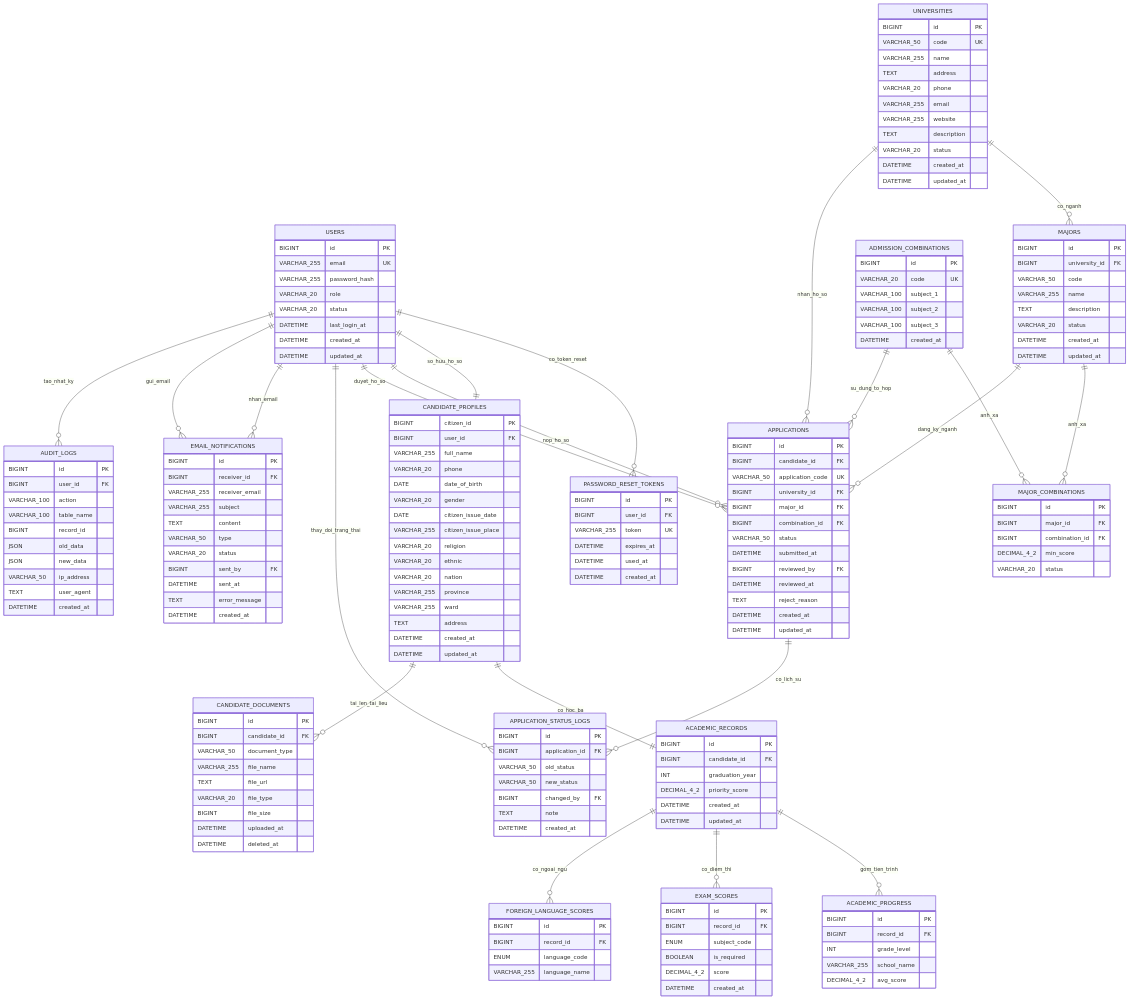
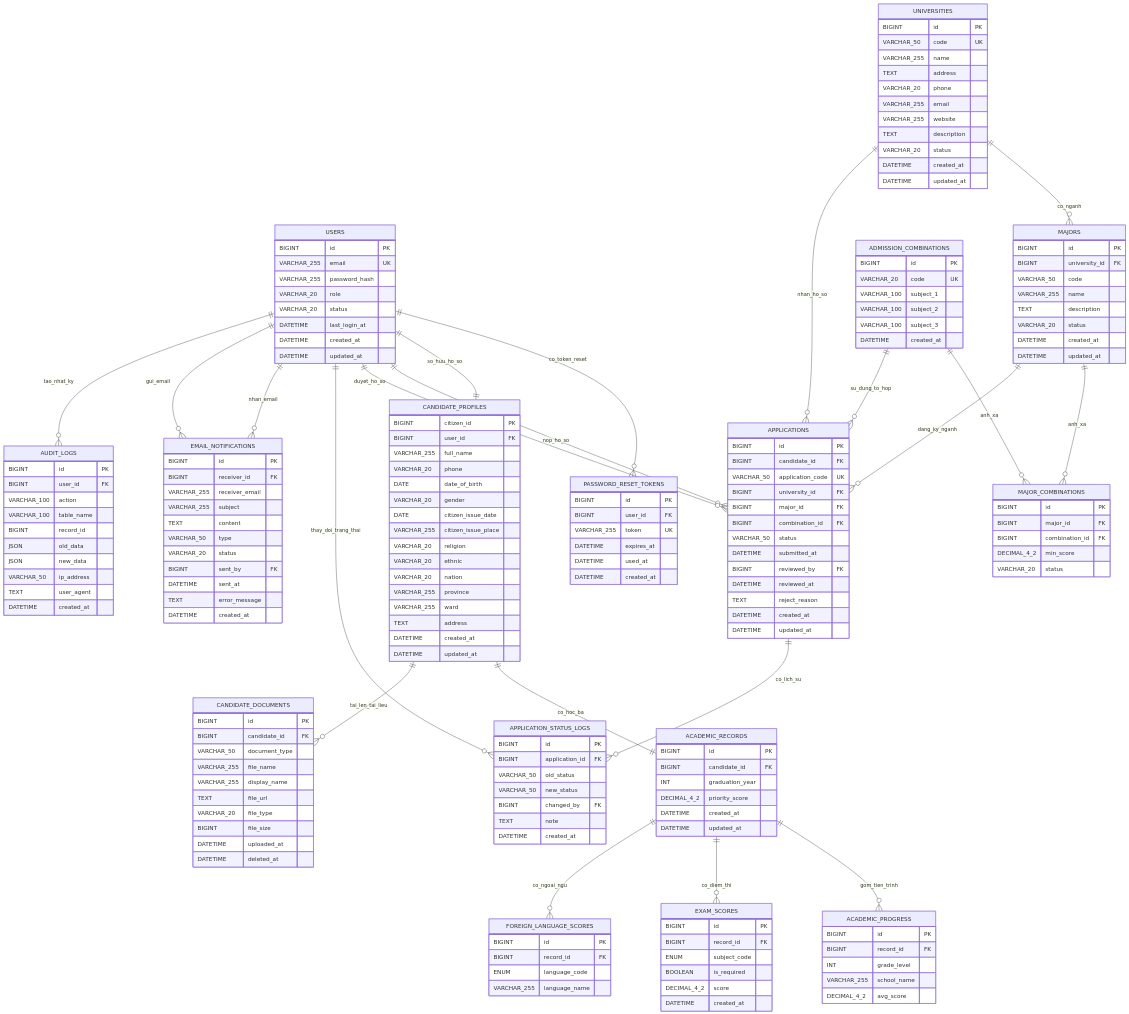
One commit to TuanLe06/RIPT1307-02-2026-Group10-KTHP changed the diagram in backend/docs/database-schema.md. Above: the diagram before and after it, drawn with Mermaid. The commit also changed 23 other files, not shown here.

Commit message:
feat: optional exam_certificate, display_name for certificates, EXAM_CERTIFICATE type

```diff
--- a/backend/docs/database-schema.md
+++ b/backend/docs/database-schema.md
@@ -137,6 +137,7 @@
         BIGINT candidate_id FK
         VARCHAR_50 document_type
         VARCHAR_255 file_name
+        VARCHAR_255 display_name
         TEXT file_url
         VARCHAR_20 file_type
         BIGINT file_size
```
